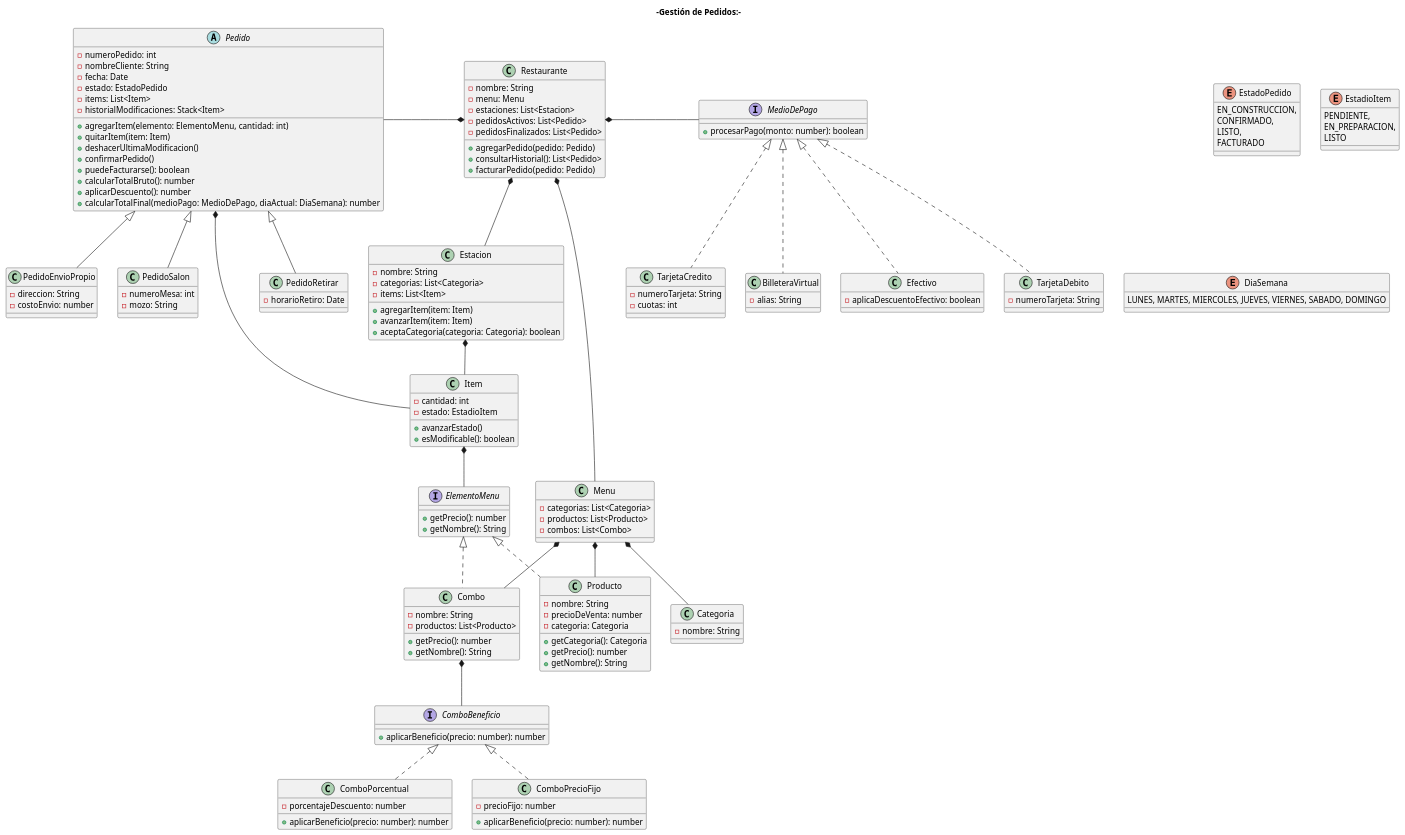
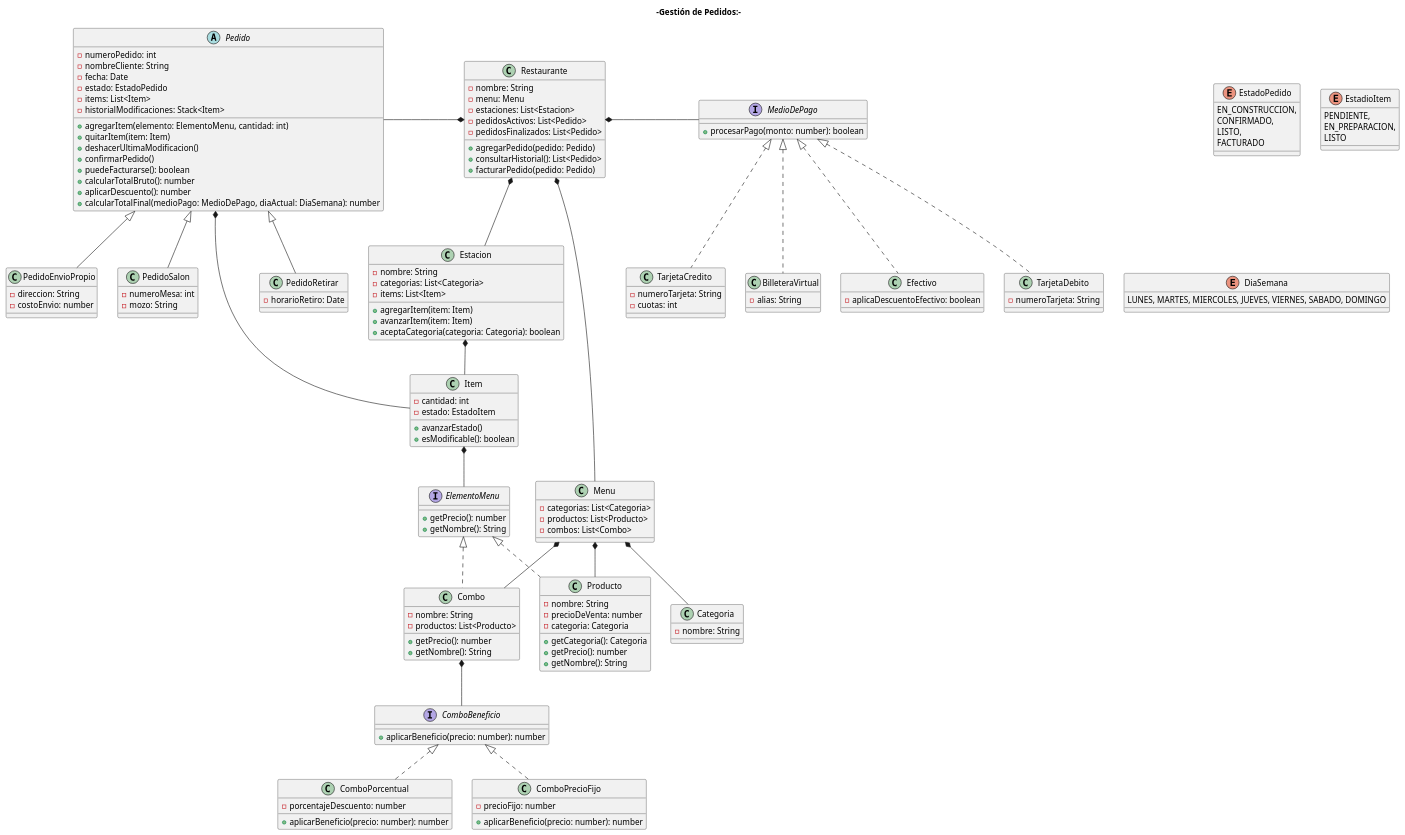
One commit to JuanJauregui2014/Tp-cuatrimestral-programacion-II changed the diagram in diagramas/diagramas.puml. Above: the diagram before and after it, drawn with PlantUML. The commit also changed 12 other files, not shown here.

```diff
--- a/diagramas/diagramas.puml
+++ b/diagramas/diagramas.puml
@@ -1,184 +1,184 @@
 @startuml
 title -Gestión de Pedidos:-
 class Restaurante {
     -nombre: String
     -menu: Menu
     -estaciones: List<Estacion>
     -pedidosActivos: List<Pedido>
     -pedidosFinalizados: List<Pedido>
 
     +agregarPedido(pedido: Pedido)
     +consultarHistorial(): List<Pedido>
     +facturarPedido(pedido: Pedido)
 }
 
 class Menu {
     -categorias: List<Categoria>
     -productos: List<Producto>
     -combos: List<Combo>
 }
 
 class Categoria {
     -nombre: String
 }
 
 interface ElementoMenu {
     +getPrecio(): number
     +getNombre(): String
 }
 
 class Combo implements ElementoMenu {
     -nombre: String
     -productos: List<Producto>
     +getPrecio(): number
     +getNombre(): String
 }
 
 interface ComboBeneficio {
     +aplicarBeneficio(precio: number): number
 }
 
 class ComboPorcentual implements ComboBeneficio {
     -porcentajeDescuento: number
     +aplicarBeneficio(precio: number): number
 }
 
 class ComboPrecioFijo implements ComboBeneficio {
     -precioFijo: number
     +aplicarBeneficio(precio: number): number
 }
 
 abstract class Pedido {
     -numeroPedido: int
     -nombreCliente: String
     -fecha: Date
     -estado: EstadoPedido
     -items: List<Item>
     -historialModificaciones: Stack<Item>
 
     +agregarItem(elemento: ElementoMenu, cantidad: int)
     +quitarItem(item: Item)
     +deshacerUltimaModificacion()
     +confirmarPedido()
     +puedeFacturarse(): boolean
     +calcularTotalBruto(): number
     +aplicarDescuento(): number
     +calcularTotalFinal(medioPago: MedioDePago, diaActual: DiaSemana): number
 }
 
 class PedidoSalon {
     -numeroMesa: int
     -mozo: String
 }
 
 class PedidoRetirar {
     -horarioRetiro: Date
 }
 
 class PedidoEnvioPropio {
     -direccion: String
     -costoEnvio: number
 }
 
 class Item {
     -cantidad: int
-    -estado: EstadioItem
+    -estado: EstadoItem
     
     +avanzarEstado()
     +esModificable(): boolean
 }
 
 class Estacion {
     -nombre: String
     -categorias: List<Categoria>
     -items: List<Item>
 
     +agregarItem(item: Item)
     +avanzarItem(item: Item)
     +aceptaCategoria(categoria: Categoria): boolean
 }
 
 class Producto implements ElementoMenu {
     -nombre: String
     -precioDeVenta: number
     -categoria: Categoria
     
     +getCategoria(): Categoria
     +getPrecio(): number
     +getNombre(): String
 }
 
 interface MedioDePago {
     +procesarPago(monto: number): boolean
 }
 
 class Efectivo implements MedioDePago {
     -aplicaDescuentoEfectivo: boolean
 }
 
 class TarjetaDebito implements MedioDePago {
     -numeroTarjeta: String
 }
 
 class TarjetaCredito implements MedioDePago {
     -numeroTarjeta: String
     -cuotas: int
 }
 
 class BilleteraVirtual implements MedioDePago {
     -alias: String
 }
 
 /' abstract class Descuento {
      +esAplicable(pedido: Pedido, dia: DiaSemana): boolean
      +calcularMontoDescuento(pedido: Pedido): number
 }
 
 class DescuentoEfectivo extends Descuento {
     -porcentaje: number
     +esAplicable(pedido: Pedido, dia: DiaSemana): boolean
     +calcularMontoDescuento(pedido: Pedido): number
 }
 
 class DescuentoDiaEspecial extends Descuento {
     -diaObjetivo: DiaSemana
     -porcentaje: number
     +esAplicable(pedido: Pedido, dia: DiaSemana): boolean
     +calcularMontoDescuento(pedido: Pedido): number
 } '/
 
 enum EstadoPedido {
     EN_CONSTRUCCION,
     CONFIRMADO,
     LISTO,
     FACTURADO
 }
 
 enum EstadioItem {
     PENDIENTE,
     EN_PREPARACION,
     LISTO
 }
 
 enum DiaSemana {
     LUNES, MARTES, MIERCOLES, JUEVES, VIERNES, SABADO, DOMINGO
 }
 
 ' Relaciones Estructurales
 Restaurante *-- Menu
 Restaurante  *-- Estacion
 Restaurante *-l-  Pedido
 Restaurante *-r- MedioDePago
 Menu  *-- Categoria
 Menu  *-- Producto
 Menu  *--Combo
 Combo  *--  ComboBeneficio
 Pedido  *--  Item
 Item  *--  ElementoMenu
 Estacion  *-- Item
 
 Pedido <|-- PedidoSalon
 Pedido <|-- PedidoRetirar
 Pedido <|-- PedidoEnvioPropio
 
 @enduml
```
